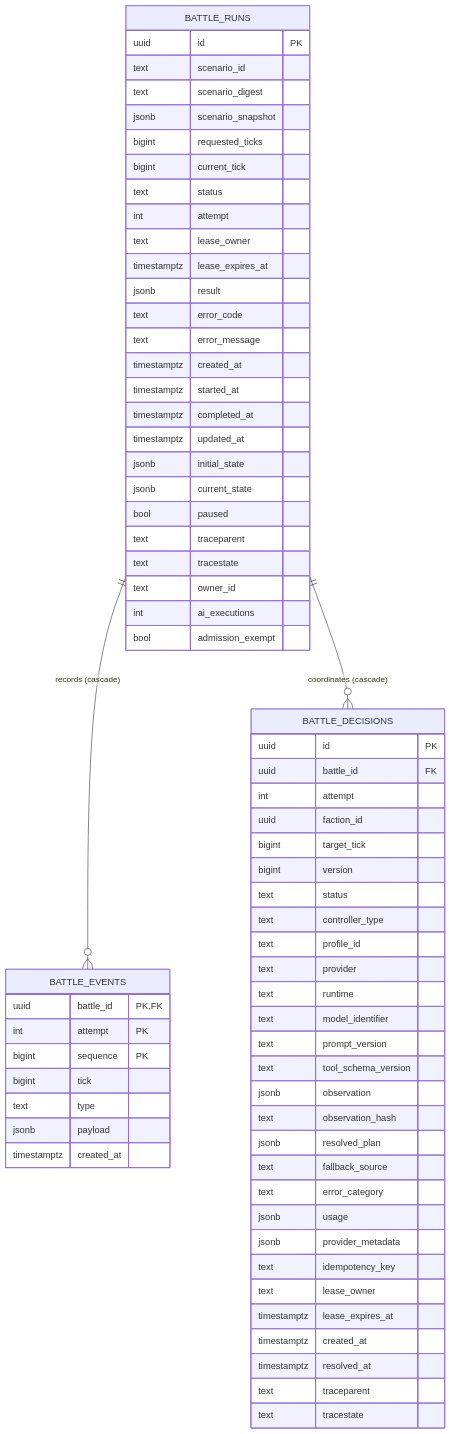
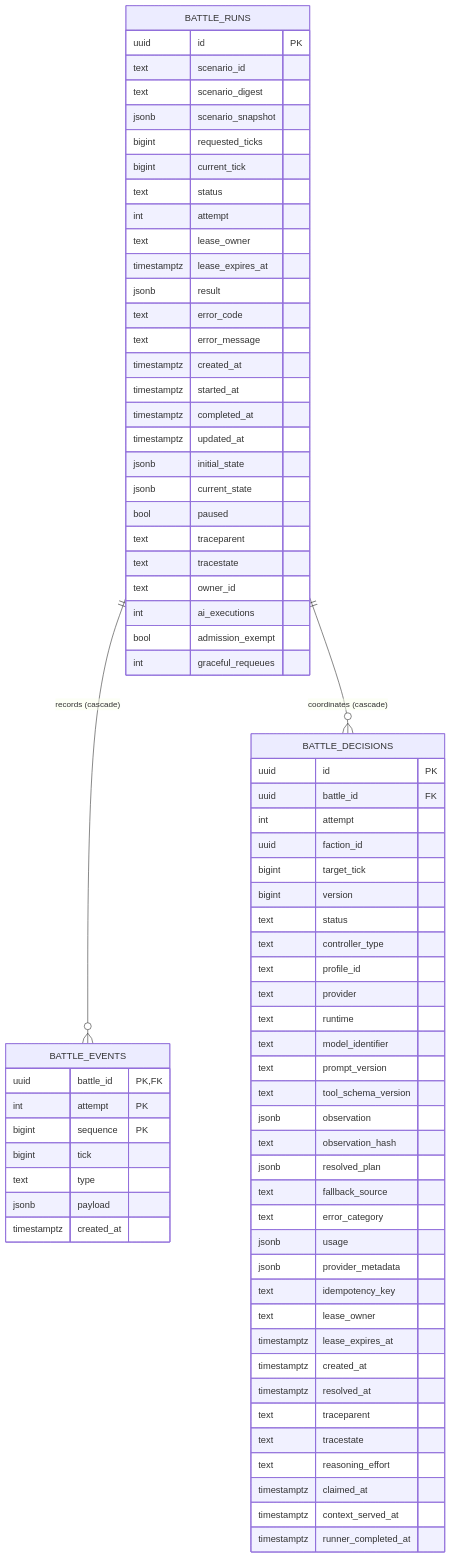
One commit to twhAuto/autonomous_battlefield changed the first of 3 diagrams in docs/architecture/database.md. Above: the diagram before and after it, drawn with Mermaid. The commit also changed other lines of this file and 4 other files, not shown here.

First line of the commit message:
AB-147: Stop graceful battle requeues from consuming processing attempts

````diff
--- a/docs/architecture/database.md
+++ b/docs/architecture/database.md
@@ -74,71 +74,76 @@
 ```mermaid
 erDiagram
     BATTLE_RUNS ||--o{ BATTLE_EVENTS : "records (cascade)"
     BATTLE_RUNS ||--o{ BATTLE_DECISIONS : "coordinates (cascade)"
     BATTLE_RUNS {
         uuid id PK
         text scenario_id
         text scenario_digest
         jsonb scenario_snapshot
         bigint requested_ticks
         bigint current_tick
         text status
         int attempt
         text lease_owner
         timestamptz lease_expires_at
         jsonb result
         text error_code
         text error_message
         timestamptz created_at
         timestamptz started_at
         timestamptz completed_at
         timestamptz updated_at
         jsonb initial_state
         jsonb current_state
         bool paused
         text traceparent
         text tracestate
         text owner_id
         int ai_executions
         bool admission_exempt
+        int graceful_requeues
     }
     BATTLE_EVENTS {
         uuid battle_id PK,FK
         int attempt PK
         bigint sequence PK
         bigint tick
         text type
         jsonb payload
         timestamptz created_at
     }
     BATTLE_DECISIONS {
         uuid id PK
         uuid battle_id FK
         int attempt
         uuid faction_id
         bigint target_tick
         bigint version
         text status
         text controller_type
         text profile_id
         text provider
         text runtime
         text model_identifier
         text prompt_version
         text tool_schema_version
         jsonb observation
         text observation_hash
         jsonb resolved_plan
         text fallback_source
         text error_category
         jsonb usage
         jsonb provider_metadata
         text idempotency_key
         text lease_owner
         timestamptz lease_expires_at
         timestamptz created_at
         timestamptz resolved_at
         text traceparent
         text tracestate
+        text reasoning_effort
+        timestamptz claimed_at
+        timestamptz context_served_at
+        timestamptz runner_completed_at
     }
 ```
````
